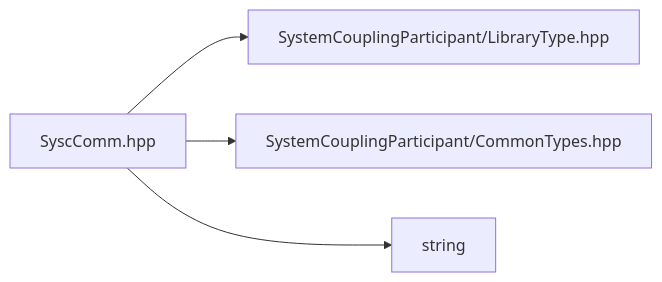
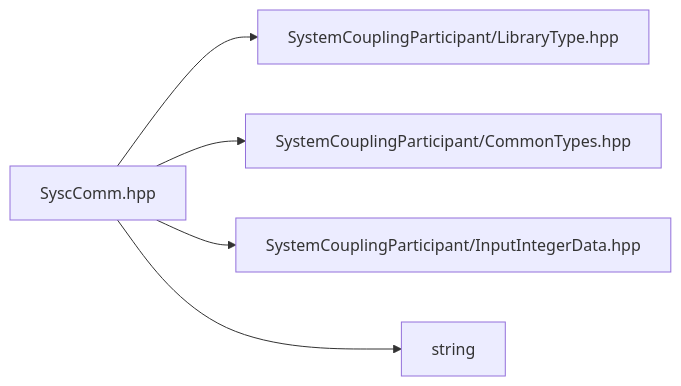
One commit to ansys/DevRelDocs changed the diagram in 2026R1/system-coupling-26-r1/articles/cpp-reference/SyscComm_8hpp.md. Above: the diagram before and after it, drawn with Mermaid. The commit also changed other lines of this file and 377 other files, not shown here.

````diff
--- a/2026R1/system-coupling-26-r1/articles/cpp-reference/SyscComm_8hpp.md
+++ b/2026R1/system-coupling-26-r1/articles/cpp-reference/SyscComm_8hpp.md
@@ -25,15 +27,18 @@
 ```mermaid
 graph LR
-4["string"]
-
-3["SystemCouplingParticipant/CommonTypes.hpp"]
-
-2["SystemCouplingParticipant/LibraryType.hpp"]
-
 1["SyscComm.hpp"]
 click 1 "SyscComm_8hpp.md#SyscComm_8hpp"
 1 --> 2
 1 --> 3
 1 --> 4
+1 --> 5
+
+3["SystemCouplingParticipant/CommonTypes.hpp"]
+
+4["SystemCouplingParticipant/InputIntegerData.hpp"]
+
+2["SystemCouplingParticipant/LibraryType.hpp"]
+
+5["string"]
 
 ```
````
